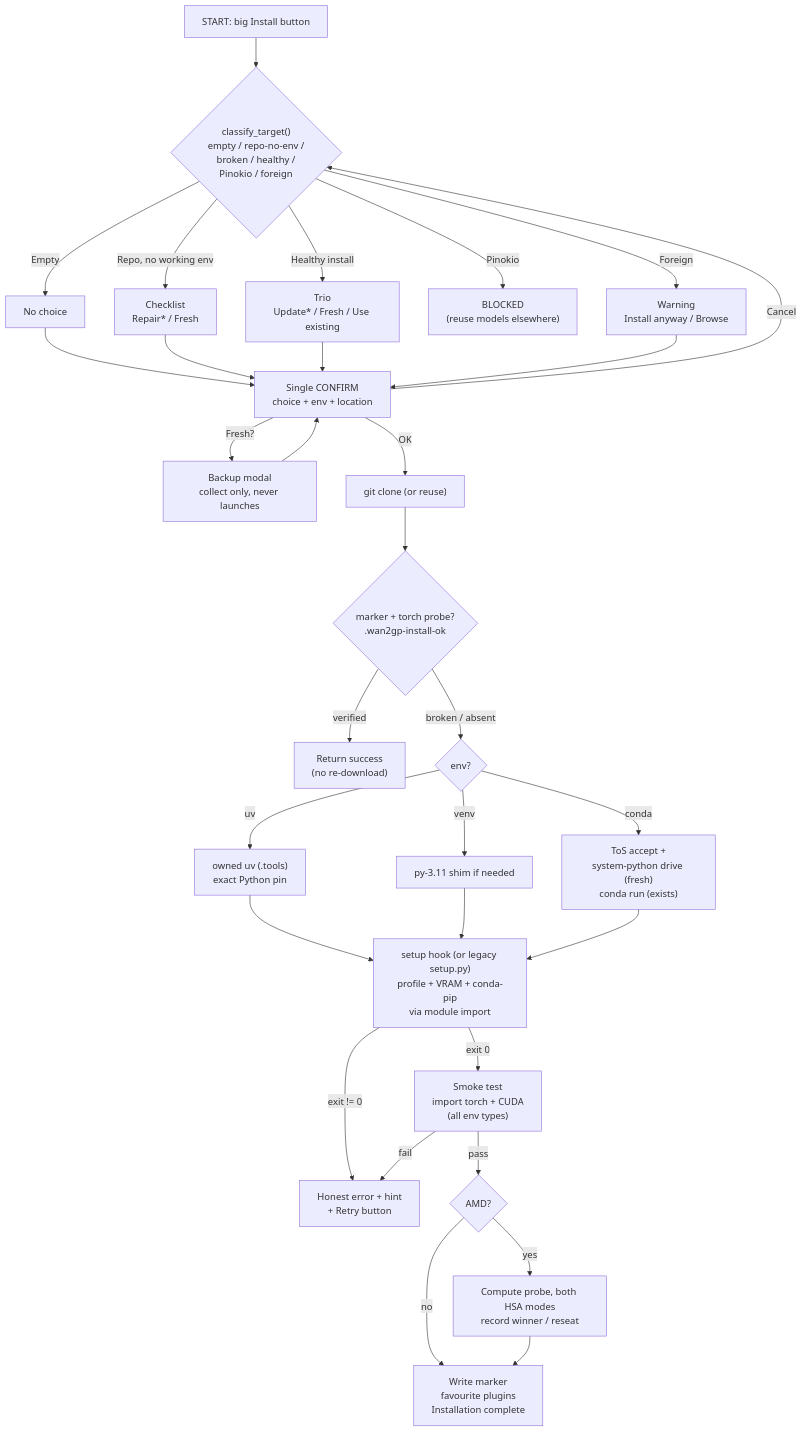
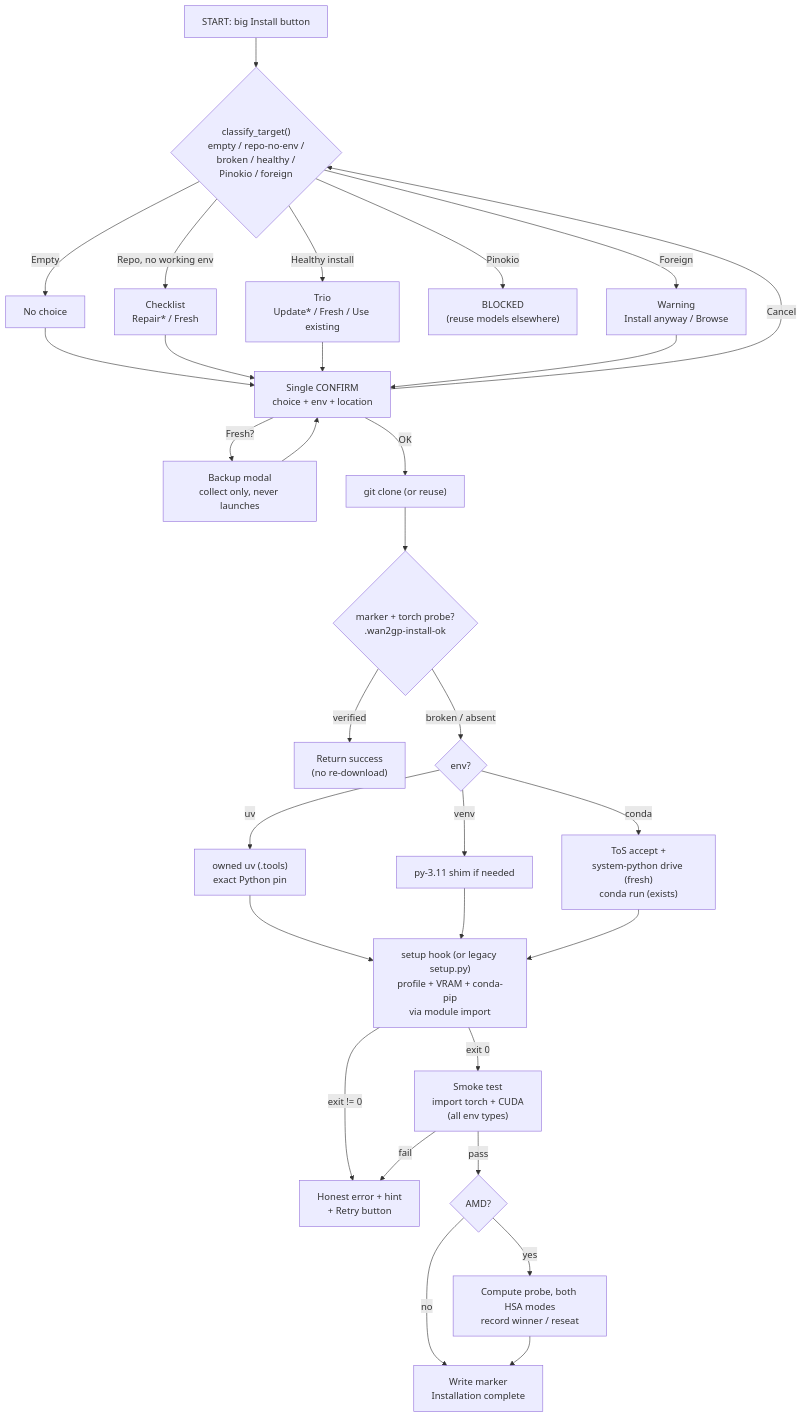
One commit to GKartist75/Wan2GP-Desktop-Tauri changed the second of 5 diagrams in docs/OVERVIEW.md. Above: the diagram before and after it, drawn with Mermaid. The commit also changed 24 other files, not shown here.

````diff
--- a/docs/OVERVIEW.md
+++ b/docs/OVERVIEW.md
@@ -59,33 +59,33 @@
 ```mermaid
 flowchart TD
     S["START: big Install button"] --> V{"classify_target()\nempty / repo-no-env /\nbroken / healthy /\nPinokio / foreign"}
     V -- "Empty" --> C0["No choice"]
     V -- "Repo, no working env" --> C1["Checklist\nRepair* / Fresh"]
     V -- "Healthy install" --> C2["Trio\nUpdate* / Fresh / Use existing"]
     V -- "Pinokio" --> BLK["BLOCKED\n(reuse models elsewhere)"]
     V -- "Foreign" --> WRN["Warning\nInstall anyway / Browse"]
     C0 --> G["Single CONFIRM\nchoice + env + location"]
     C1 --> G
     C2 --> G
     WRN --> G
     G -- "Fresh?" --> M["Backup modal\ncollect only, never launches"]
     M --> G
     G -- "Cancel" --> V
     G -- "OK" --> CL["git clone (or reuse)"]
     CL --> MK{"marker + torch probe?\n.wan2gp-install-ok"}
     MK -- "verified" --> REUSE["Return success\n(no re-download)"]
     MK -- "broken / absent" --> P{"env?"}
     P -- "uv" --> BU["owned uv (.tools)\nexact Python pin"]
     P -- "venv" --> PY["py-3.11 shim if needed"]
     P -- "conda" --> CA["ToS accept +\nsystem-python drive (fresh)\nconda run (exists)"]
     BU --> SE["setup hook (or legacy setup.py)\nprofile + VRAM + conda-pip\nvia module import"]
     PY --> SE
     CA --> SE
     SE -->|"exit != 0"| FAIL["Honest error + hint\n+ Retry button"]
     SE -->|"exit 0"| SM["Smoke test\nimport torch + CUDA\n(all env types)"]
     SM -->|"fail"| FAIL
     SM -->|"pass"| AMD{"AMD?"}
     AMD -- "yes" --> PR["Compute probe, both HSA modes\nrecord winner / reseat"]
-    AMD -- "no" --> DN["Write marker\nfavourite plugins\nInstallation complete"]
+    AMD -- "no" --> DN["Write marker\nInstallation complete"]
     PR --> DN
 ```
````
